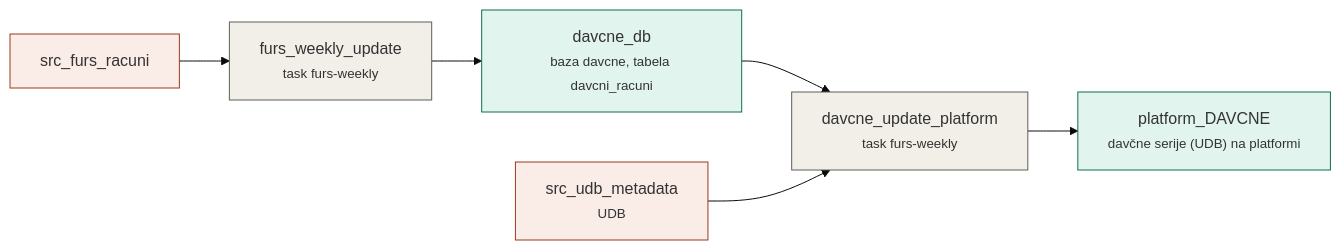
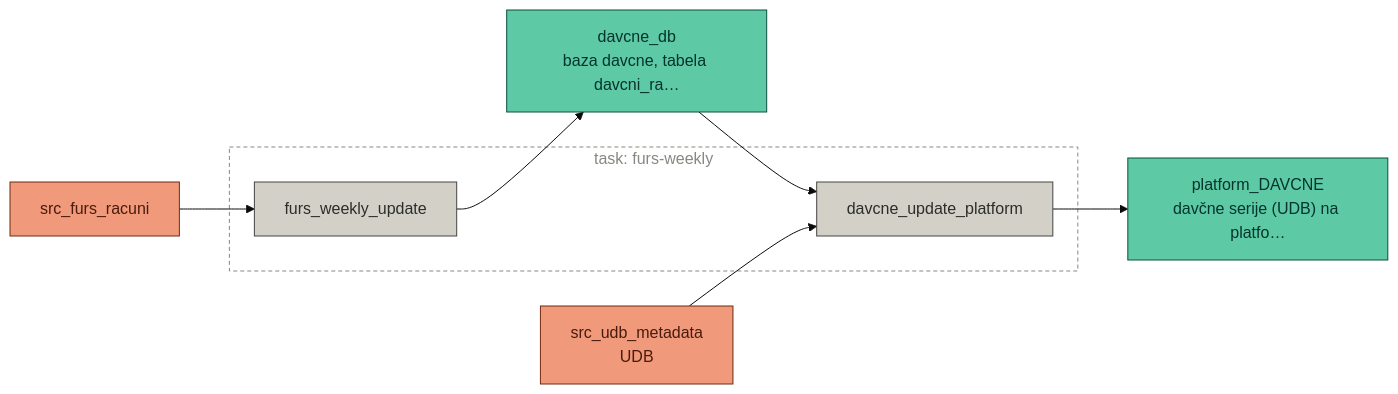
The diagram in docs/pipelines/task-furs-weekly.md (majazaloznik/umar-automation-scripts), drawn with Mermaid (base theme) before and after one commit. The commit also changed 31 other files, not shown here.

Commit message:
Update mermaid plots in pipelines

````diff
--- a/docs/pipelines/task-furs-weekly.md
+++ b/docs/pipelines/task-furs-weekly.md
@@ -21,18 +21,21 @@
 ```mermaid
 flowchart LR
-  src_furs_racuni["src_furs_racuni<br/><small></small>"]:::source
-  src_udb_metadata["src_udb_metadata<br/><small>UDB</small>"]:::source
-  platform_DAVCNE["platform_DAVCNE<br/><small>davčne serije (UDB) na platformi</small>"]:::store
-  davcne_db["davcne_db<br/><small>baza davcne, tabela davcni_racuni</small>"]:::store
-  furs_weekly_update["furs_weekly_update<br/><small>task furs-weekly</small>"]:::step
-  davcne_update_platform["davcne_update_platform<br/><small>task furs-weekly</small>"]:::step
+  src_furs_racuni["src_furs_racuni"]:::source
+  src_udb_metadata["src_udb_metadata<br/>UDB"]:::source
+  platform_DAVCNE["platform_DAVCNE<br/>davčne serije (UDB) na platfo…"]:::store
+  davcne_db["davcne_db<br/>baza davcne, tabela davcni_ra…"]:::store
+  subgraph task_furs_weekly["task: furs-weekly"]
+    furs_weekly_update["furs_weekly_update"]:::step
+    davcne_update_platform["davcne_update_platform"]:::step
+  end
+  style task_furs_weekly fill:none,stroke:#888780,stroke-dasharray:4 3,color:#888780
   src_furs_racuni --> furs_weekly_update
   furs_weekly_update --> davcne_db
   davcne_db --> davcne_update_platform
   src_udb_metadata --> davcne_update_platform
   davcne_update_platform --> platform_DAVCNE
-  classDef source fill:#FAECE7,stroke:#993C1D
-  classDef step fill:#F1EFE8,stroke:#5F5E5A
-  classDef store fill:#E1F5EE,stroke:#0F6E56
-  classDef output fill:#EEEDFE,stroke:#534AB7
+  classDef source fill:#F0997B,stroke:#712B13,color:#4A1B0C,stroke-width:1px
+  classDef step fill:#D3D1C7,stroke:#444441,color:#2C2C2A,stroke-width:1px
+  classDef store fill:#5DCAA5,stroke:#085041,color:#04342C,stroke-width:1px
+  classDef output fill:#AFA9EC,stroke:#3C3489,color:#26215C,stroke-width:1px
 ```
````
